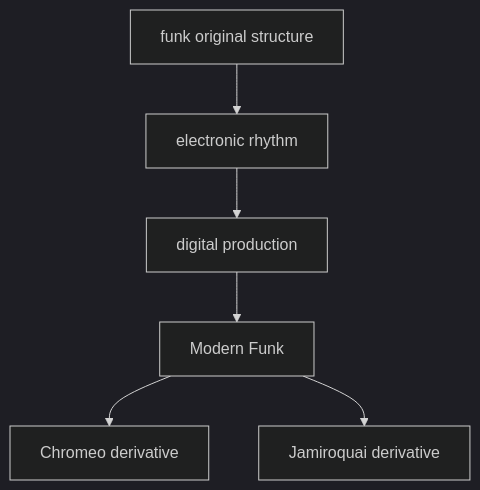
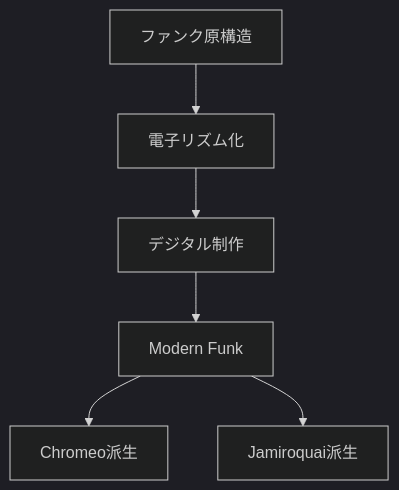
One commit to monumental-movement/monumental-movement.github.io changed the first of 2 diagrams in en/_posts/2025-12-15-column-electro-Funk-modern-funk.md. Above: the diagram before and after it, drawn with Mermaid (dark theme). The commit also changed other lines of this file and 2196 other files, not shown here.

```diff
--- a/en/_posts/2025-12-15-column-electro-Funk-modern-funk.md
+++ b/en/_posts/2025-12-15-column-electro-Funk-modern-funk.md
@@ -132,6 +132,6 @@
 <div class="mermaid">
 graph TD
-    A[funk original structure] --> B[electronic rhythm] --> C[digital production] --> D[Modern Funk]
-    D --> E[Chromeo derivative]
-    D --> F[Jamiroquai derivative]
+    A[ファンク原構造] --> B[電子リズム化] --> C[デジタル制作] --> D[Modern Funk]
+    D --> E[Chromeo派生]
+    D --> F[Jamiroquai派生]
 </div>
```
